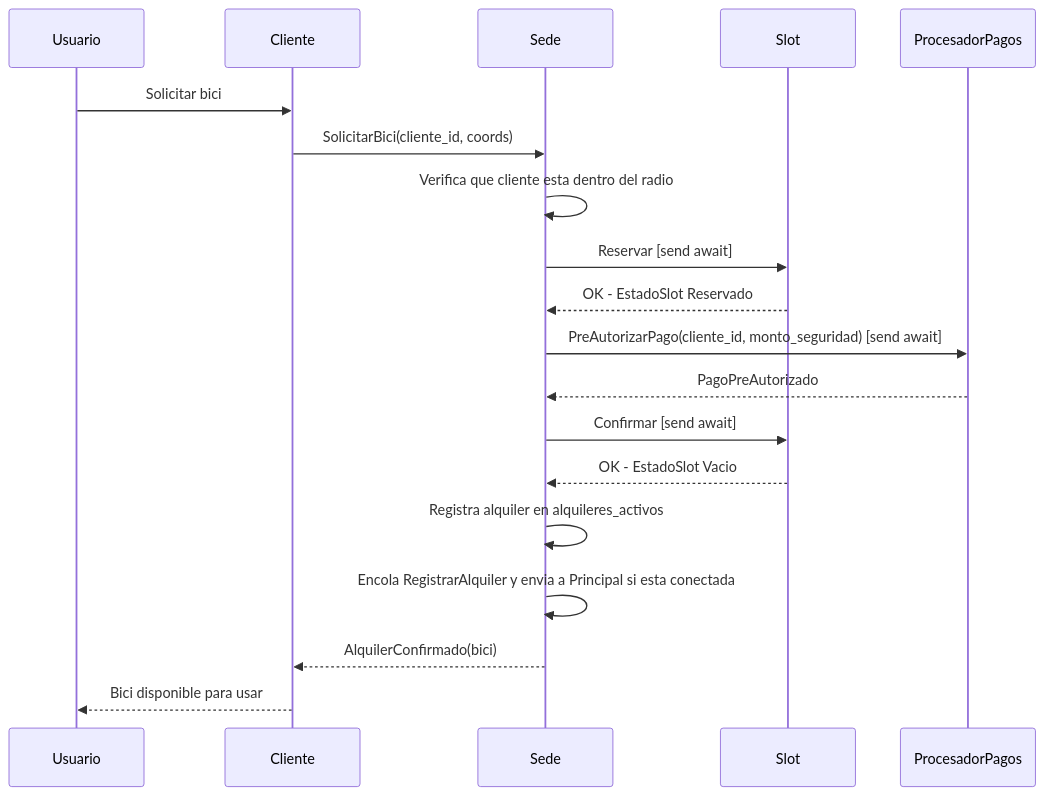
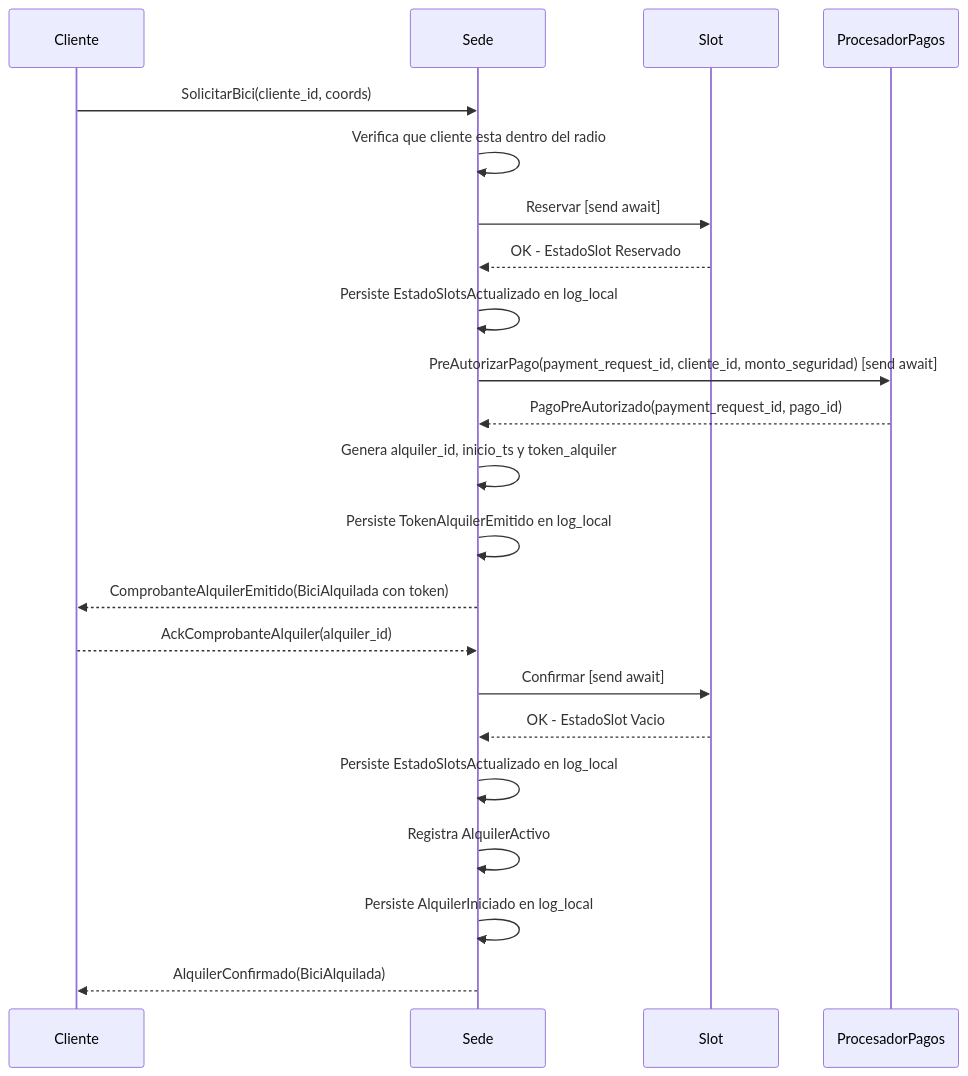
One commit to Jmenechian/distributed-bike-sharing changed the second of 15 diagrams in README.md. Above: the diagram before and after it, drawn with Mermaid. The commit also changed other lines of this file, not shown here.

Commit message:
subo cambios de la arquitectura con correcciones

````diff
--- a/README.md
+++ b/README.md
@@ -561,22 +1102,28 @@
 ```mermaid
 sequenceDiagram
-    participant Usuario
     participant Cliente
     participant Sede
     participant Slot
     participant ProcesadorPagos
 
-    Usuario->>Cliente: Solicitar bici
     Cliente->>Sede: SolicitarBici(cliente_id, coords)
     Sede->>Sede: Verifica que cliente esta dentro del radio
     Sede->>Slot: Reservar [send await]
     Slot-->>Sede: OK - EstadoSlot Reservado
-    Sede->>ProcesadorPagos: PreAutorizarPago(cliente_id, monto_seguridad) [send await]
-    ProcesadorPagos-->>Sede: PagoPreAutorizado
+    Sede->>Sede: Persiste EstadoSlotsActualizado en log_local
+
+    Sede->>ProcesadorPagos: PreAutorizarPago(payment_request_id, cliente_id, monto_seguridad) [send await]
+    ProcesadorPagos-->>Sede: PagoPreAutorizado(payment_request_id, pago_id)
+
+    Sede->>Sede: Genera alquiler_id, inicio_ts y token_alquiler
+    Sede->>Sede: Persiste TokenAlquilerEmitido en log_local
+    Sede-->>Cliente: ComprobanteAlquilerEmitido(BiciAlquilada con token)
+    Cliente-->>Sede: AckComprobanteAlquiler(alquiler_id)
+
     Sede->>Slot: Confirmar [send await]
     Slot-->>Sede: OK - EstadoSlot Vacio
-    Sede->>Sede: Registra alquiler en alquileres_activos
-    Sede->>Sede: Encola RegistrarAlquiler y envia a Principal si esta conectada
-    Sede-->>Cliente: AlquilerConfirmado(bici)
-    Cliente-->>Usuario: Bici disponible para usar
+    Sede->>Sede: Persiste EstadoSlotsActualizado en log_local
+    Sede->>Sede: Registra AlquilerActivo
+    Sede->>Sede: Persiste AlquilerIniciado en log_local
+    Sede-->>Cliente: AlquilerConfirmado(BiciAlquilada)
 ```
````
